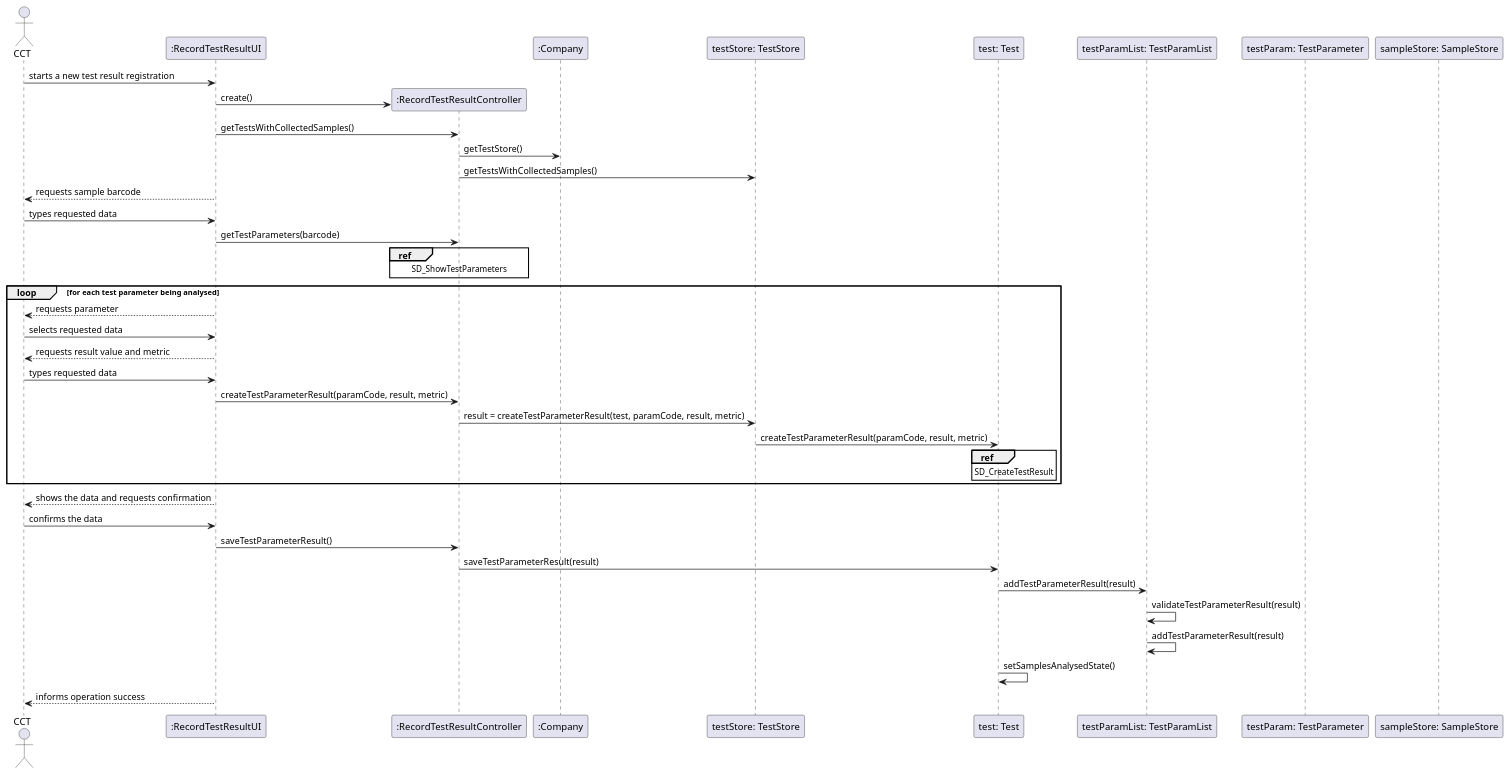
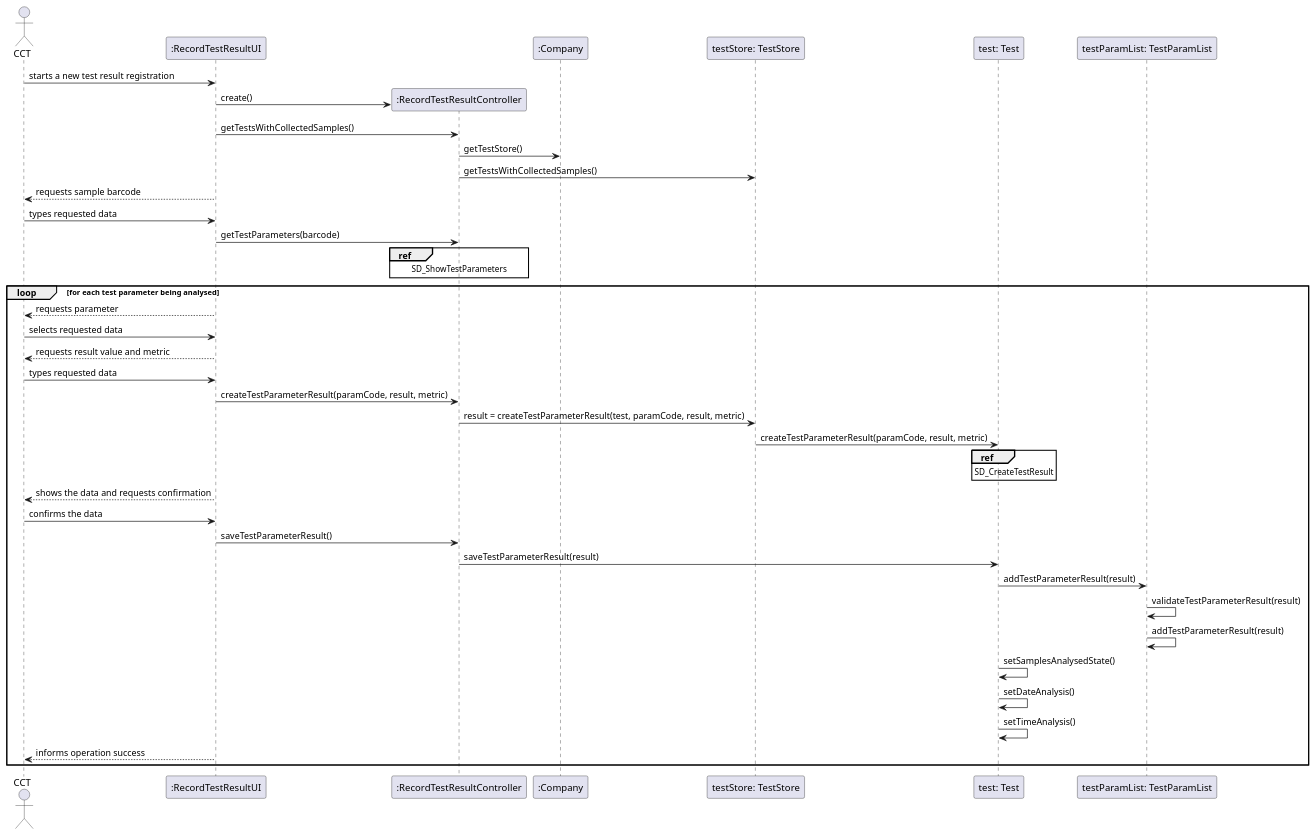
Before and after one commit to MadDinosaur/ISEP-LAPR2: the diagram in docs/SprintC/US12/US12_SD.puml, drawn with PlantUML. The commit also changed 9 other files, not shown here.

```diff
--- a/docs/SprintC/US12/US12_SD.puml
+++ b/docs/SprintC/US12/US12_SD.puml
@@ -1,44 +1,41 @@
 @startuml
 actor CCT as cct
 participant ":RecordTestResultUI" as ui
 participant ":RecordTestResultController" as controller
 participant ":Company" as company
 participant "testStore: TestStore" as ts
 participant "test: Test" as test
 participant "testParamList: TestParamList" as tpstore
-participant "testParam: TestParameter" as testParam
-participant "sampleStore: SampleStore" as ss
-
 
 cct -> ui : starts a new test result registration
 create controller
 ui -> controller : create()
 ui -> controller : getTestsWithCollectedSamples()
 controller -> company : getTestStore()
 controller -> ts : getTestsWithCollectedSamples()
 ui --> cct : requests sample barcode
 cct -> ui : types requested data
 ui -> controller : getTestParameters(barcode)
 ref over controller : SD_ShowTestParameters
 loop for each test parameter being analysed
 ui --> cct : requests parameter
 cct -> ui : selects requested data
 ui --> cct : requests result value and metric
 cct -> ui : types requested data
 ui -> controller : createTestParameterResult(paramCode, result, metric)
 controller -> ts : result = createTestParameterResult(test, paramCode, result, metric)
 ts -> test : createTestParameterResult(paramCode, result, metric)
 ref over test : SD_CreateTestResult
-end loop
 ui --> cct : shows the data and requests confirmation
 cct -> ui : confirms the data
 ui -> controller : saveTestParameterResult()
 controller -> test : saveTestParameterResult(result)
 test -> tpstore : addTestParameterResult(result)
 tpstore -> tpstore : validateTestParameterResult(result)
 tpstore -> tpstore : addTestParameterResult(result)
 test -> test : setSamplesAnalysedState()
+test -> test: setDateAnalysis()
+test -> test : setTimeAnalysis()
 ui --> cct : informs operation success
-
-
+end loop
 @enduml
```
